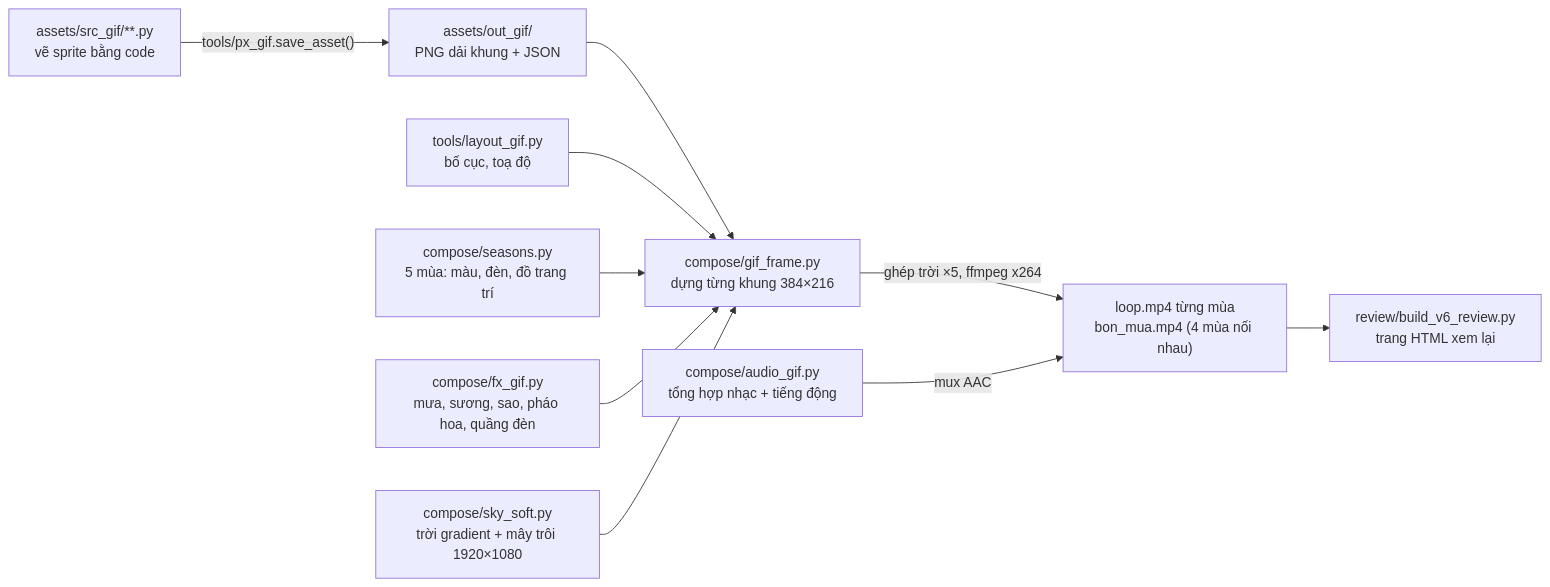
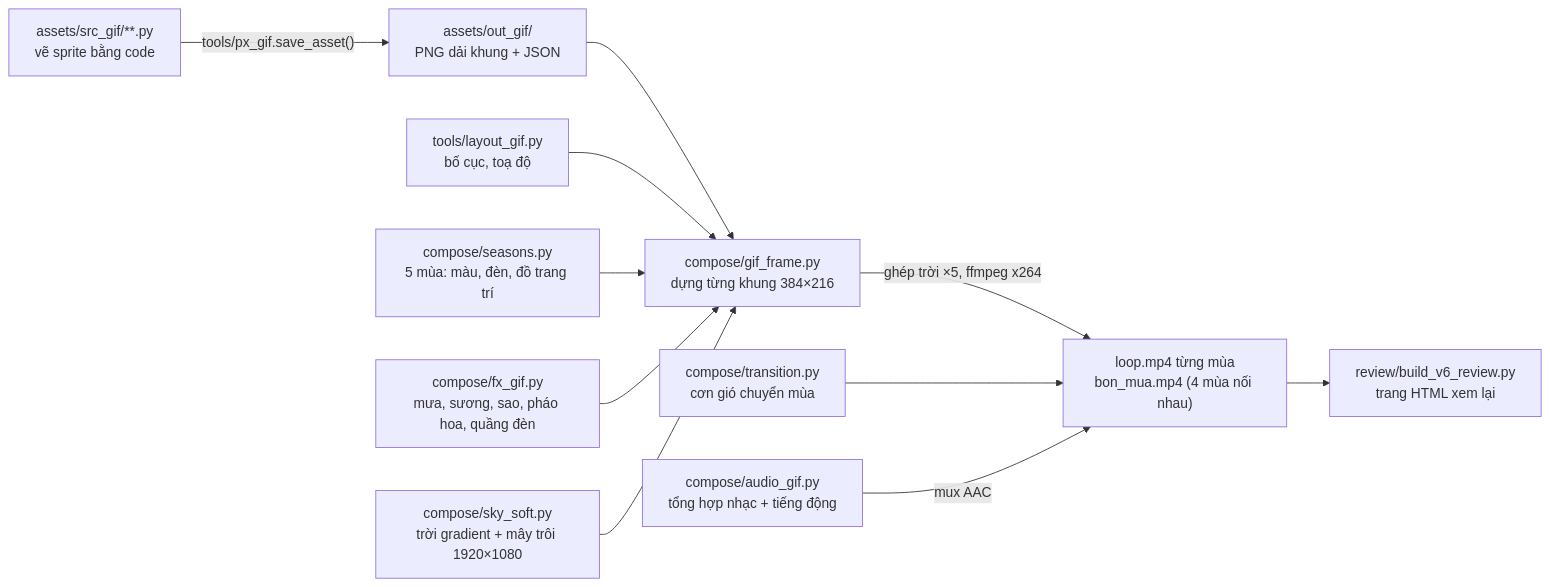
The diagram in README.md (PrimarchDatNT/pixel-bus-stop), drawn with Mermaid before and after one commit. The commit also changed other lines of this file and 14 other files, not shown here.

````diff
--- a/README.md
+++ b/README.md
@@ -30,12 +31,13 @@
 ```mermaid
 flowchart LR
     A["assets/src_gif/**.py<br/>vẽ sprite bằng code"] -->|"tools/px_gif.save_asset()"| B["assets/out_gif/<br/>PNG dải khung + JSON"]
     B --> C["compose/gif_frame.py<br/>dựng từng khung 384×216"]
     L["tools/layout_gif.py<br/>bố cục, toạ độ"] --> C
     S["compose/seasons.py<br/>5 mùa: màu, đèn, đồ trang trí"] --> C
     F["compose/fx_gif.py<br/>mưa, sương, sao, pháo hoa, quầng đèn"] --> C
     K["compose/sky_soft.py<br/>trời gradient + mây trôi 1920×1080"] --> C
     C -->|"ghép trời ×5, ffmpeg x264"| V["loop.mp4 từng mùa<br/>bon_mua.mp4 (4 mùa nối nhau)"]
+    T["compose/transition.py<br/>cơn gió chuyển mùa"] --> V
     AU["compose/audio_gif.py<br/>tổng hợp nhạc + tiếng động"] -->|"mux AAC"| V
     V --> R["review/build_v6_review.py<br/>trang HTML xem lại"]
 ```
````
